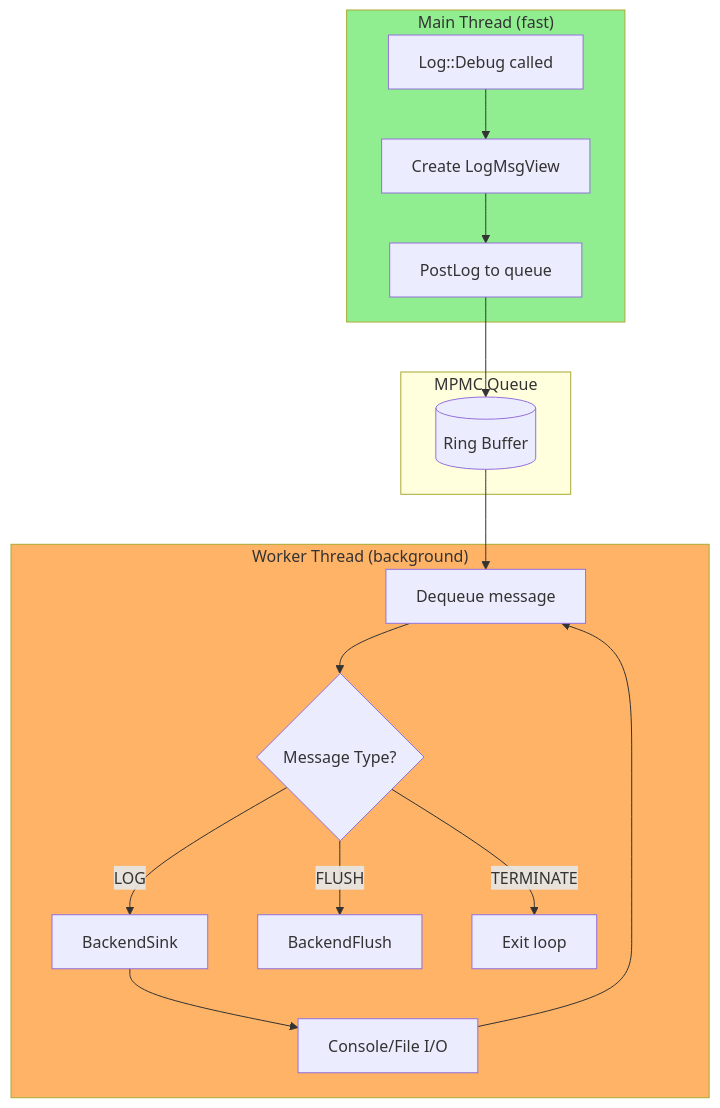
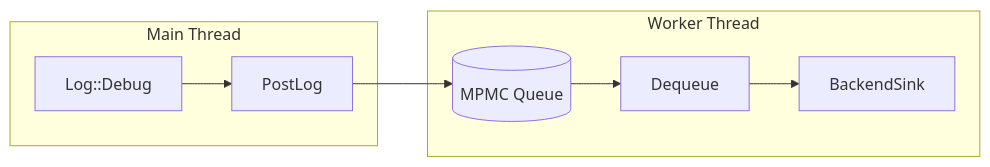
Before and after one commit to Tycro-Games/tycro-games.github.io: the sixth of 7 diagrams in _posts/2026-01-14-Learning-Multithreading-With-A-Logger.md, drawn with Mermaid. The commit also changed other lines of this file, not shown here.

````diff
--- a/_posts/2026-01-14-Learning-Multithreading-With-A-Logger.md
+++ b/_posts/2026-01-14-Learning-Multithreading-With-A-Logger.md
@@ -553,26 +623,13 @@
 ```mermaid
-flowchart TB
-    subgraph MainThread["Main Thread (fast)"]
-        A[Log::Debug called] --> B[Create LogMsgView]
-        B --> C[PostLog to queue]
+flowchart LR
+    subgraph Main["Main Thread"]
+        A[Log::Debug] --> B[PostLog]
     end
     
-    subgraph Queue["MPMC Queue"]
-        D[(Ring Buffer)]
+    B --> C[(MPMC Queue)]
+    
+    subgraph Worker["Worker Thread"]
+        C --> D[Dequeue]
+        D --> E[BackendSink]
     end
-    
-    subgraph WorkerThread["Worker Thread (background)"]
-        E[Dequeue message] --> F{Message Type?}
-        F -->|LOG| G[BackendSink]
-        F -->|FLUSH| H[BackendFlush]
-        F -->|TERMINATE| I[Exit loop]
-        G --> J[Console/File I/O]
-        J --> E
-    end
-    
-    C --> D
-    D --> E
-    
-    style MainThread fill:#90EE90
-    style WorkerThread fill:#FFB366
 ```
````
